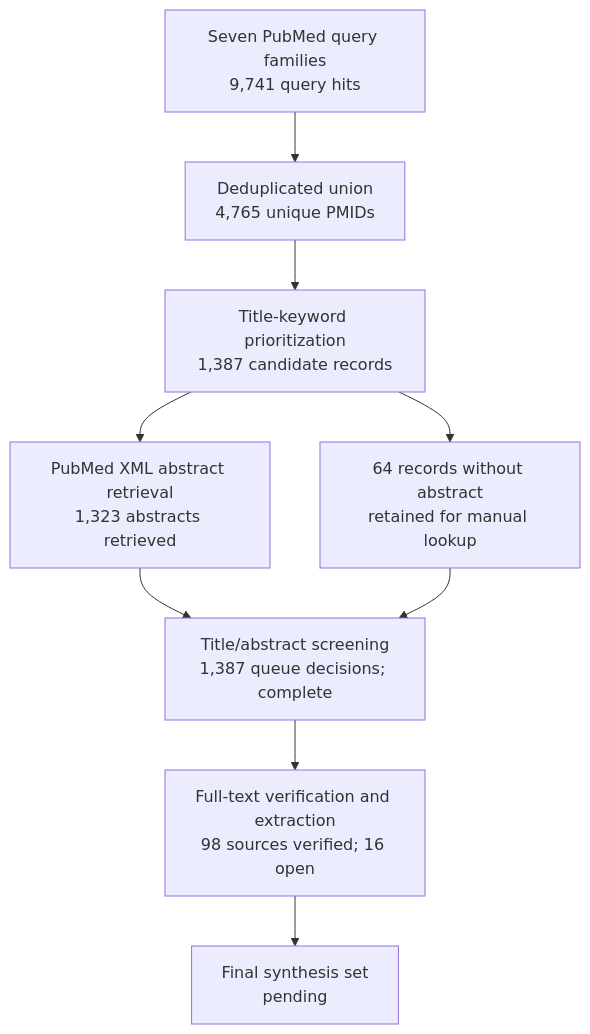
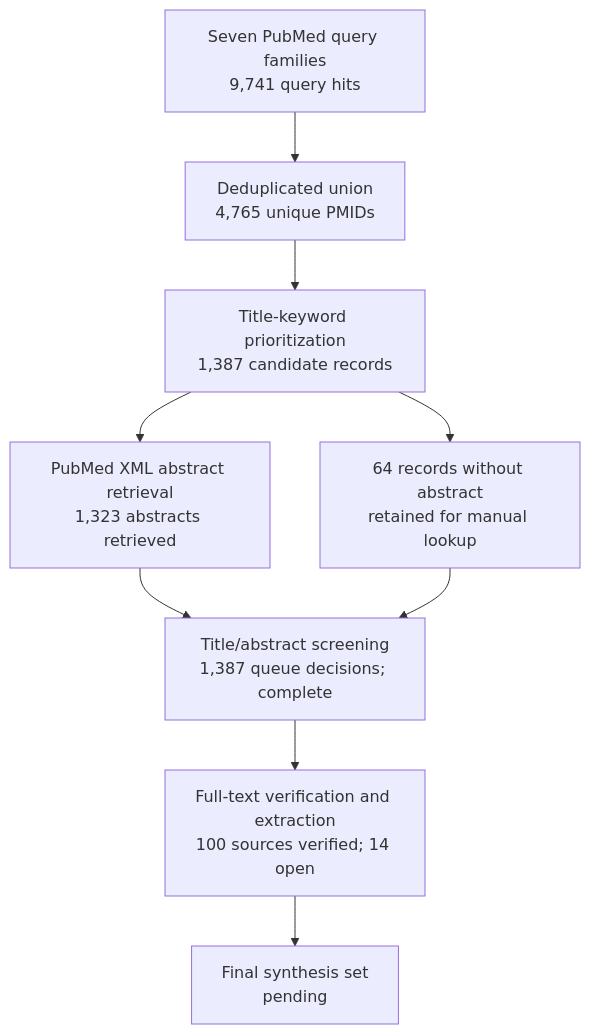
One commit to dcmcshan/artemisia changed the diagram in manuscript/review-flow.md. Above: the diagram before and after it, drawn with Mermaid. The commit also changed other lines of this file and 11 other files, not shown here.

````diff
--- a/manuscript/review-flow.md
+++ b/manuscript/review-flow.md
@@ -5,11 +5,11 @@
 ```mermaid
 flowchart TB
   Q[Seven PubMed query families<br/>9,741 query hits] --> U[Deduplicated union<br/>4,765 unique PMIDs]
   U --> T[Title-keyword prioritization<br/>1,387 candidate records]
   T --> A[PubMed XML abstract retrieval<br/>1,323 abstracts retrieved]
   T --> N[64 records without abstract<br/>retained for manual lookup]
   A --> M[Title/abstract screening<br/>1,387 queue decisions; complete]
   N --> M
-  M --> F[Full-text verification and extraction<br/>98 sources verified; 16 open]
+  M --> F[Full-text verification and extraction<br/>100 sources verified; 14 open]
   F --> S[Final synthesis set<br/>pending]
 ```
````
